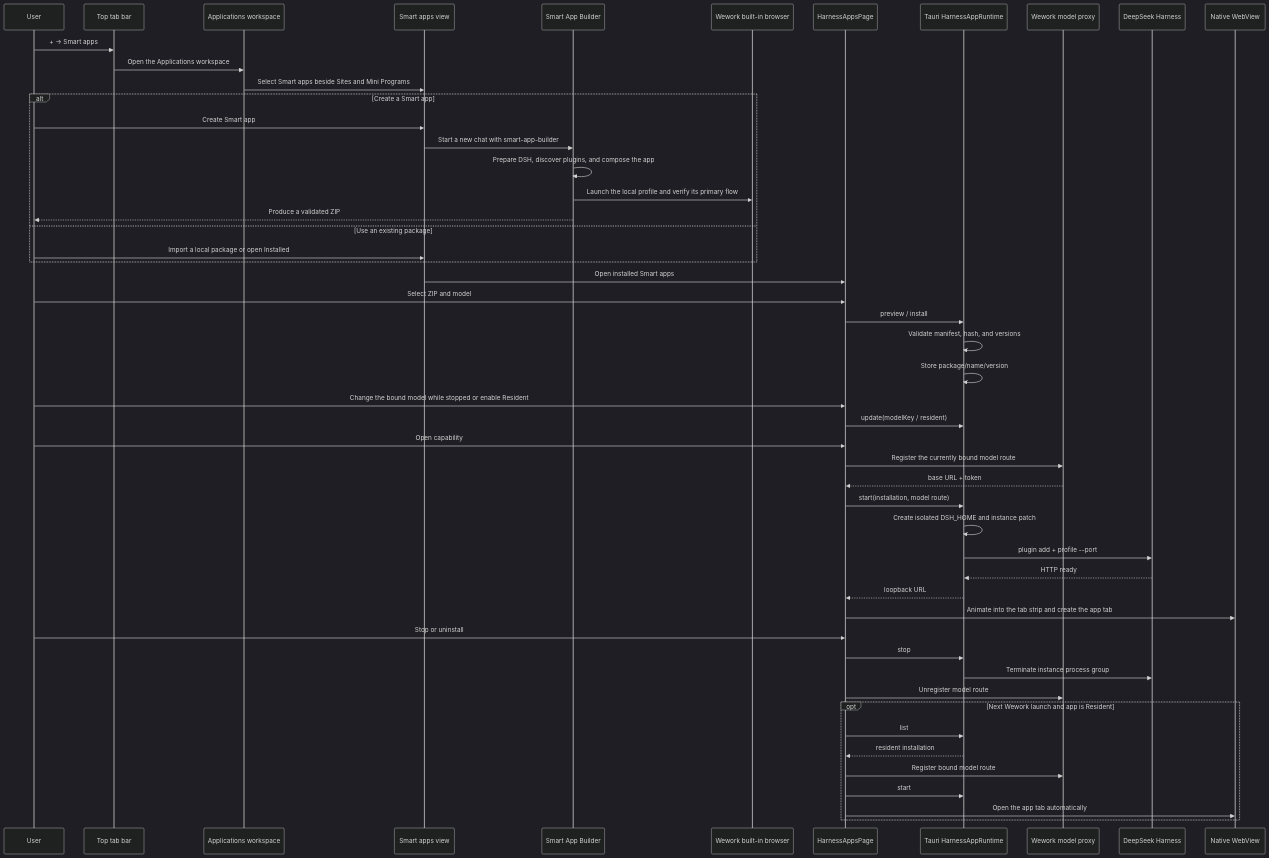
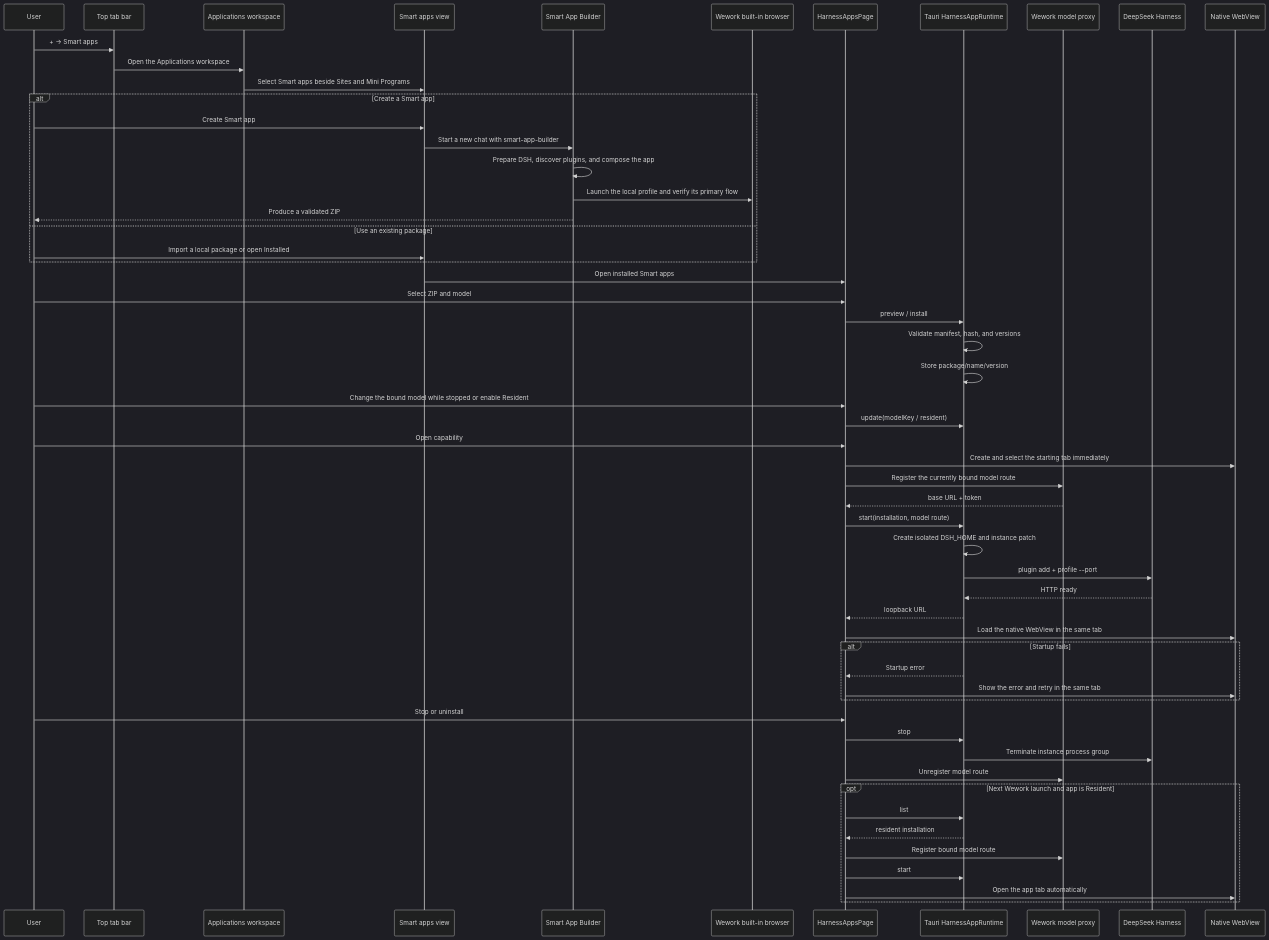
The second of 2 diagrams in docs/en/architecture/deepseek-harness-apps.md (wecode-ai/Wegent), drawn with Mermaid (dark theme) before and after one commit. The commit also changed other lines of this file and 16 other files, not shown here.

````diff
--- a/docs/en/architecture/deepseek-harness-apps.md
+++ b/docs/en/architecture/deepseek-harness-apps.md
@@ -47,55 +54,60 @@
 ```mermaid
 sequenceDiagram
     participant U as User
     participant C as Top tab bar
     participant A as Applications workspace
     participant M as Smart apps view
     participant B as Smart App Builder
     participant WB as Wework built-in browser
     participant UI as HarnessAppsPage
     participant T as Tauri HarnessAppRuntime
     participant P as Wework model proxy
     participant D as DeepSeek Harness
     participant W as Native WebView
 
     U->>C: + → Smart apps
     C->>A: Open the Applications workspace
     A->>M: Select Smart apps beside Sites and Mini Programs
     alt Create a Smart app
         U->>M: Create Smart app
         M->>B: Start a new chat with smart-app-builder
         B->>B: Prepare DSH, discover plugins, and compose the app
         B->>WB: Launch the local profile and verify its primary flow
         B-->>U: Produce a validated ZIP
     else Use an existing package
         U->>M: Import a local package or open Installed
     end
     M->>UI: Open installed Smart apps
     U->>UI: Select ZIP and model
     UI->>T: preview / install
     T->>T: Validate manifest, hash, and versions
     T->>T: Store package/name/version
     U->>UI: Change the bound model while stopped or enable Resident
     UI->>T: update(modelKey / resident)
     U->>UI: Open capability
+    UI->>W: Create and select the starting tab immediately
     UI->>P: Register the currently bound model route
     P-->>UI: base URL + token
     UI->>T: start(installation, model route)
     T->>T: Create isolated DSH_HOME and instance patch
     T->>D: plugin add + profile --port
     D-->>T: HTTP ready
     T-->>UI: loopback URL
-    UI->>W: Animate into the tab strip and create the app tab
+    UI->>W: Load the native WebView in the same tab
+    alt Startup fails
+        T-->>UI: Startup error
+        UI->>W: Show the error and retry in the same tab
+    end
     U->>UI: Stop or uninstall
     UI->>T: stop
     T->>D: Terminate instance process group
     UI->>P: Unregister model route
 
     opt Next Wework launch and app is Resident
         UI->>T: list
         T-->>UI: resident installation
         UI->>P: Register bound model route
         UI->>T: start
         UI->>W: Open the app tab automatically
     end
 ```
````
